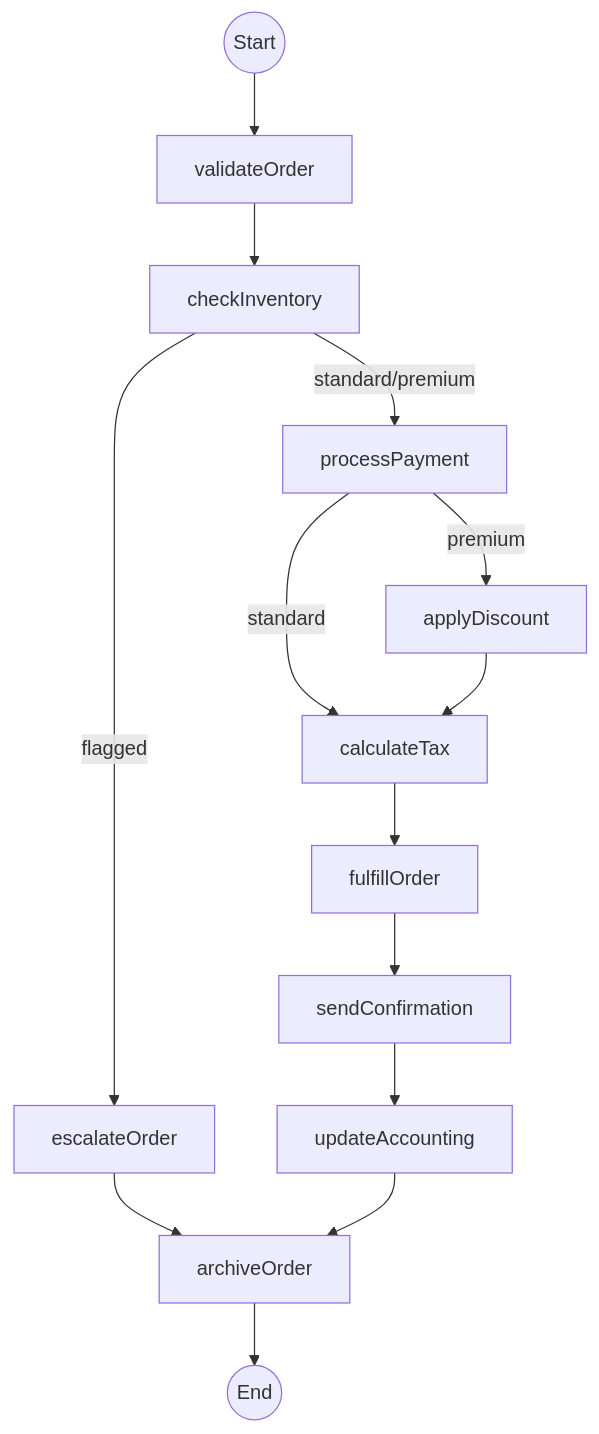
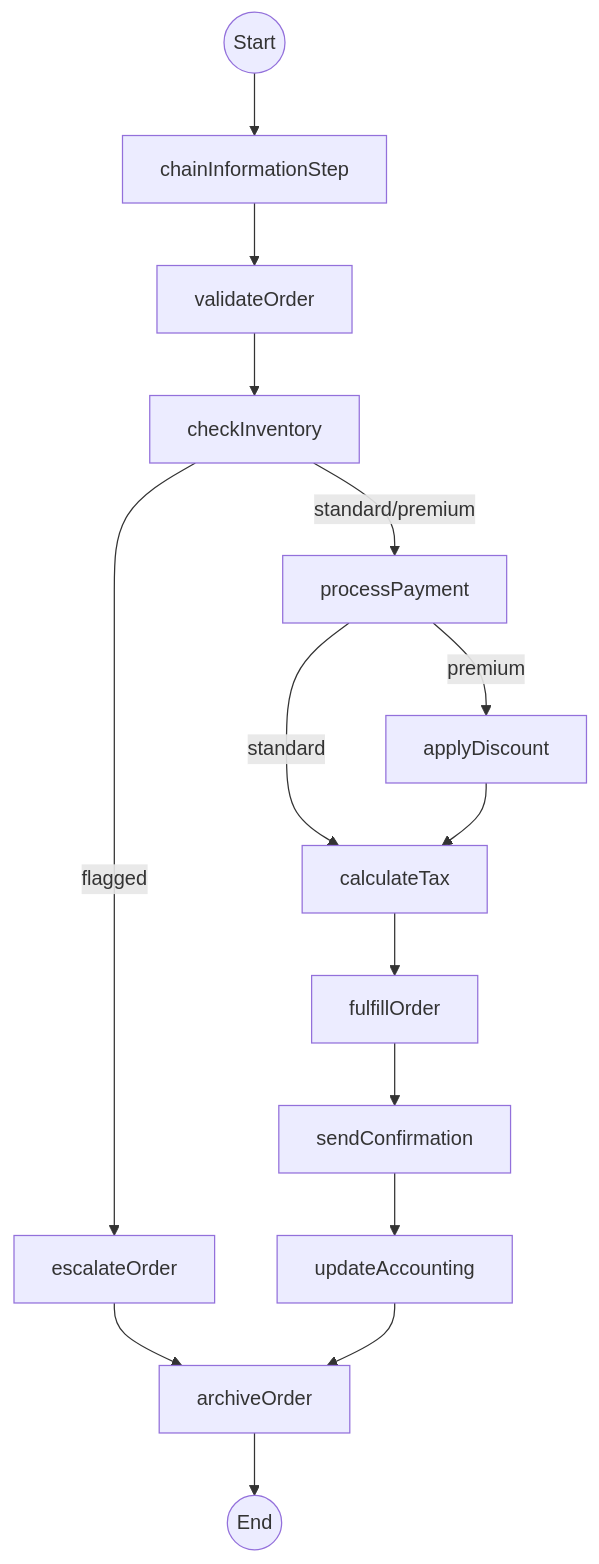
One commit to Hogwai/hogwai.github.io changed the second of 4 diagrams in src/content/posts/en/database-driven-workflow-engine.md. Above: the diagram before and after it, drawn with Mermaid. The commit also changed other lines of this file and 1 other file, not shown here.

````diff
--- a/src/content/posts/en/database-driven-workflow-engine.md
+++ b/src/content/posts/en/database-driven-workflow-engine.md
@@ -192,16 +192,17 @@
 ```mermaid
 graph TD
-    Start((Start)) --> vo[validateOrder]
+    Start((Start)) --> cis[chainInformationStep]
+    cis --> vo[validateOrder]
     vo --> ci[checkInventory]
     ci -->|standard/premium| pp[processPayment]
     ci -->|flagged| eo[escalateOrder]
     pp -->|standard| ct[calculateTax]
     pp -->|premium| ad[applyDiscount]
     ad --> ct
     ct --> fo[fulfillOrder]
     eo --> ao[archiveOrder]
     fo --> sc[sendConfirmation]
     sc --> ua[updateAccounting]
     ua --> ao
     ao --> End((End))
 ```
````
